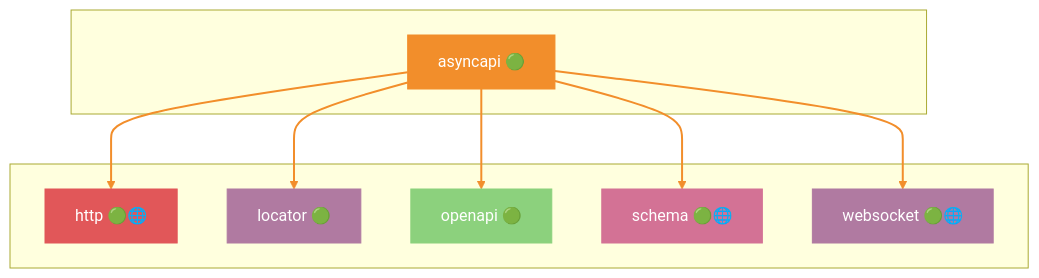
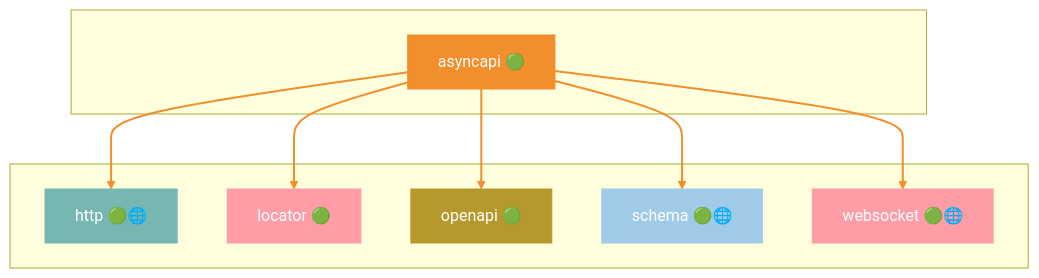
One commit to grest-ts/grest-ts changed the third of 45 diagrams in docs/DEPENDENCIES.md. Above: the diagram before and after it, drawn with Mermaid. The commit also changed other lines of this file and 6 other files, not shown here.

````diff
--- a/docs/DEPENDENCIES.md
+++ b/docs/DEPENDENCIES.md
@@ -429,29 +437,29 @@
 ```mermaid
 flowchart TB
     subgraph Package[" "]
         asyncapi["asyncapi 🟢"]
     end
     subgraph Dependencies[" "]
         http["http 🟢🌐"]
         locator["locator 🟢"]
         openapi["openapi 🟢"]
         schema["schema 🟢🌐"]
         websocket["websocket 🟢🌐"]
     end
     asyncapi --> http
     asyncapi --> locator
     asyncapi --> openapi
     asyncapi --> schema
     asyncapi --> websocket
     style asyncapi fill:#F28E2B,stroke:#F28E2B,color:#fff
-    style http fill:#E15759,stroke:#E15759,color:#fff
-    style locator fill:#B07AA1,stroke:#B07AA1,color:#fff
-    style openapi fill:#8CD17D,stroke:#8CD17D,color:#fff
-    style schema fill:#D37295,stroke:#D37295,color:#fff
-    style websocket fill:#B07AA1,stroke:#B07AA1,color:#fff
+    style http fill:#76B7B2,stroke:#76B7B2,color:#fff
+    style locator fill:#FF9DA7,stroke:#FF9DA7,color:#fff
+    style openapi fill:#B6992D,stroke:#B6992D,color:#fff
+    style schema fill:#A0CBE8,stroke:#A0CBE8,color:#fff
+    style websocket fill:#FF9DA7,stroke:#FF9DA7,color:#fff
     linkStyle 0 stroke:#F28E2B,stroke-width:2px
     linkStyle 1 stroke:#F28E2B,stroke-width:2px
     linkStyle 2 stroke:#F28E2B,stroke-width:2px
     linkStyle 3 stroke:#F28E2B,stroke-width:2px
     linkStyle 4 stroke:#F28E2B,stroke-width:2px
 ```
````
